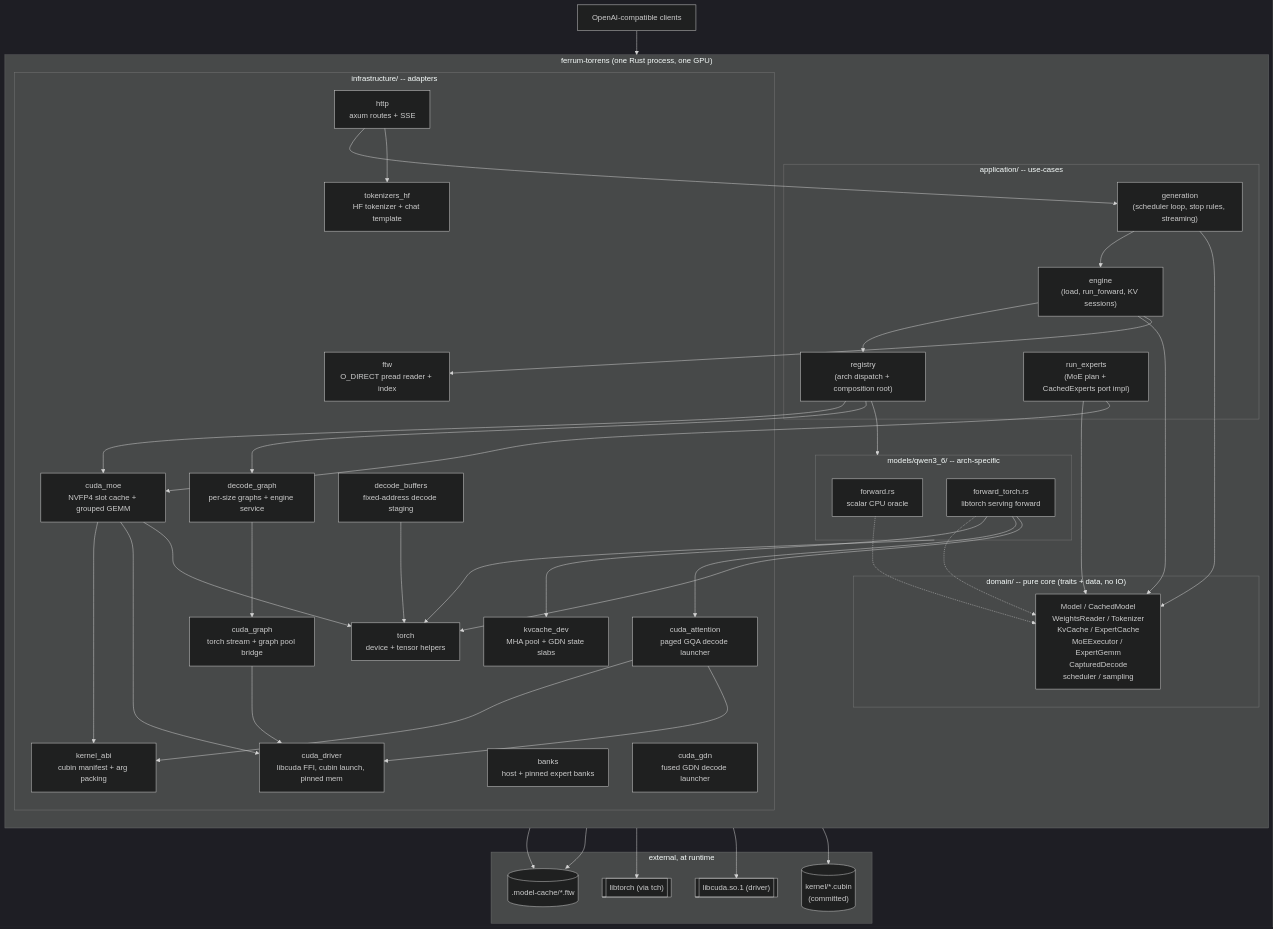
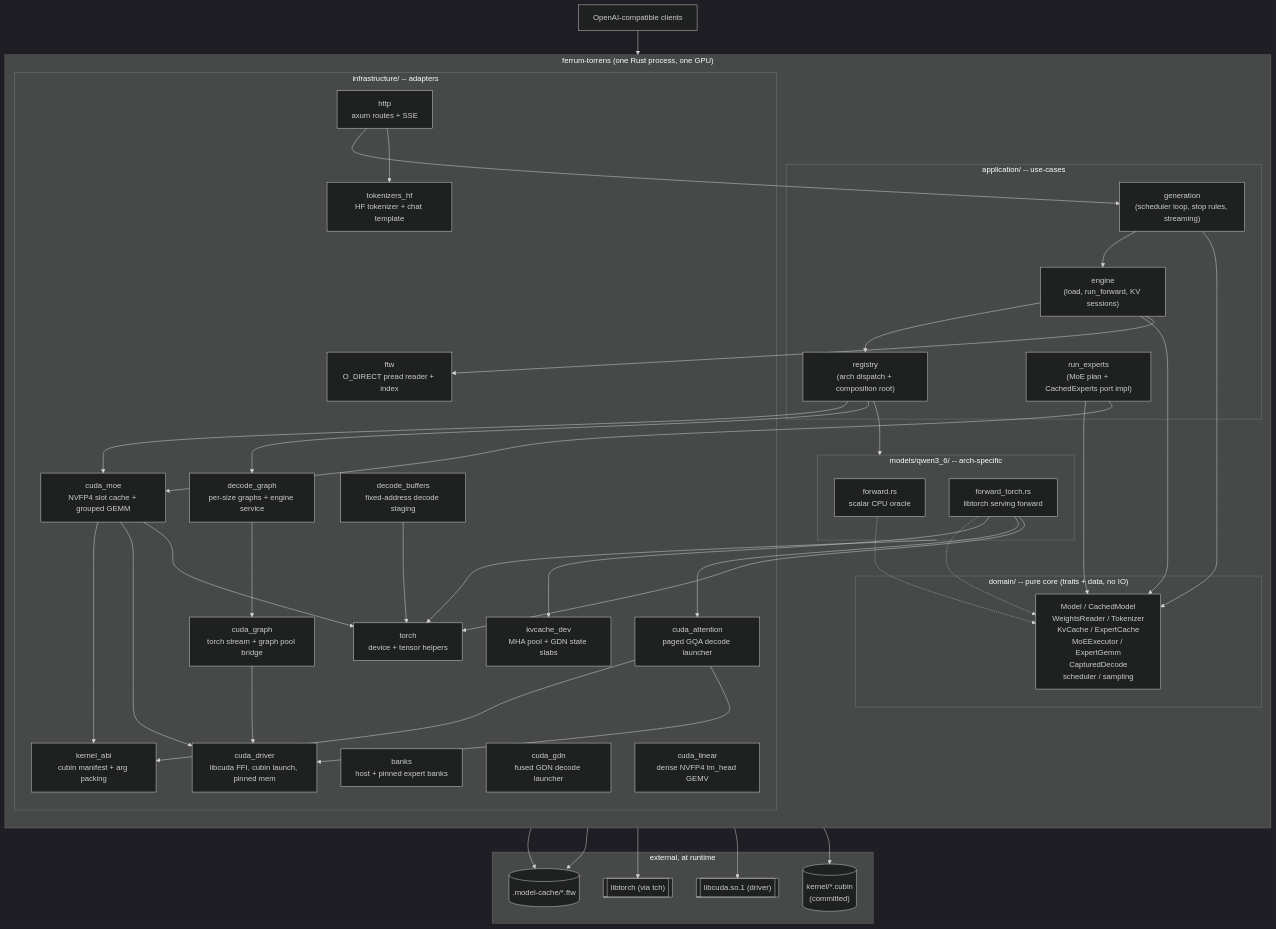
The first of 17 diagrams in ARCHITECTURE.md (butzist/ferrum-torrens), drawn with Mermaid (dark theme) before and after one commit. The commit also changed other lines of this file and 3 other files, not shown here.

````diff
--- a/ARCHITECTURE.md
+++ b/ARCHITECTURE.md
@@ -49,75 +49,76 @@
 ```mermaid
 flowchart TB
   Client["OpenAI-compatible clients"]
 
   subgraph Proc["ferrum-torrens (one Rust process, one GPU)"]
     direction TB
     subgraph App["application/ -- use-cases"]
       Registry["registry\n(arch dispatch + composition root)"]
       Engine["engine\n(load, run_forward, KV sessions)"]
       Gen["generation\n(scheduler loop, stop rules, streaming)"]
       RunExp["run_experts\n(MoE plan + CachedExperts port impl)"]
     end
 
     subgraph Core["domain/ -- pure core (traits + data, no IO)"]
       Ports["Model / CachedModel\nWeightsReader / Tokenizer\nKvCache / ExpertCache\nMoEExecutor / ExpertGemm\nCapturedDecode\nscheduler / sampling"]
     end
 
     subgraph Models["models/qwen3_6/ -- arch-specific"]
       Scalar["forward.rs\nscalar CPU oracle"]
       Torch["forward_torch.rs\nlibtorch serving forward"]
     end
 
     subgraph Infra["infrastructure/ -- adapters"]
       Ftw["ftw\nO_DIRECT pread reader + index"]
       Banks["banks\nhost + pinned expert banks"]
       TorchRt["torch\ndevice + tensor helpers"]
       CudaDrv["cuda_driver\nlibcuda FFI, cubin launch, pinned mem"]
       CudaMoe["cuda_moe\nNVFP4 slot cache + grouped GEMM"]
       CudaAttn["cuda_attention\npaged GQA decode launcher"]
       CudaGdn["cuda_gdn\nfused GDN decode launcher"]
+      CudaLin["cuda_linear\ndense NVFP4 lm_head GEMV"]
       Abi["kernel_abi\ncubin manifest + arg packing"]
       Graph["cuda_graph\ntorch stream + graph pool bridge"]
       KvcDev["kvcache_dev\nMHA pool + GDN state slabs"]
       DecBuf["decode_buffers\nfixed-address decode staging"]
       DecGraph["decode_graph\nper-size graphs + engine service"]
       Http["http\naxum routes + SSE"]
       Toker["tokenizers_hf\nHF tokenizer + chat template"]
     end
   end
 
   subgraph Ext["external, at runtime"]
     FTW[(".model-cache/*.ftw")]
     LibTorch[["libtorch (via tch)"]]
     LibCuda[["libcuda.so.1 (driver)"]]
     Cubins[("kernel/*.cubin\n(committed)")]
   end
 
   Client --> Http
   Http --> Gen --> Engine
   Engine --> Registry
   Engine --> Ports
   Gen --> Ports
   Registry --> Models
   Registry --> CudaMoe
   Registry --> DecGraph
   Scalar -.-> Ports
   Torch -.-> Ports
   Models --> TorchRt
   Engine --> Ftw --> FTW
   Banks --> FTW
   RunExp --> Ports
   RunExp --> CudaMoe
   CudaMoe --> Abi --> Cubins
   CudaMoe --> CudaDrv --> LibCuda
   CudaMoe --> TorchRt
   CudaAttn --> Abi
   CudaAttn --> CudaDrv
   Graph --> CudaDrv
   DecGraph --> Graph
   DecBuf --> TorchRt
   Torch --> KvcDev
   Torch --> CudaAttn
   Torch --> TorchRt --> LibTorch
   Http --> Toker
 ```
````
